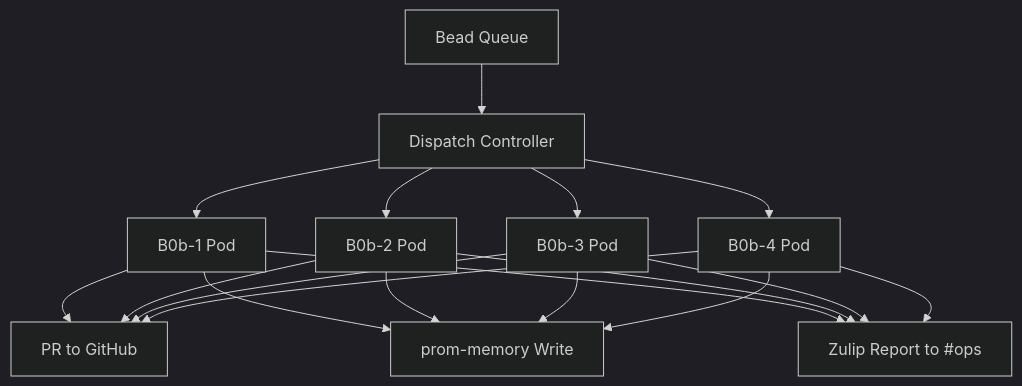
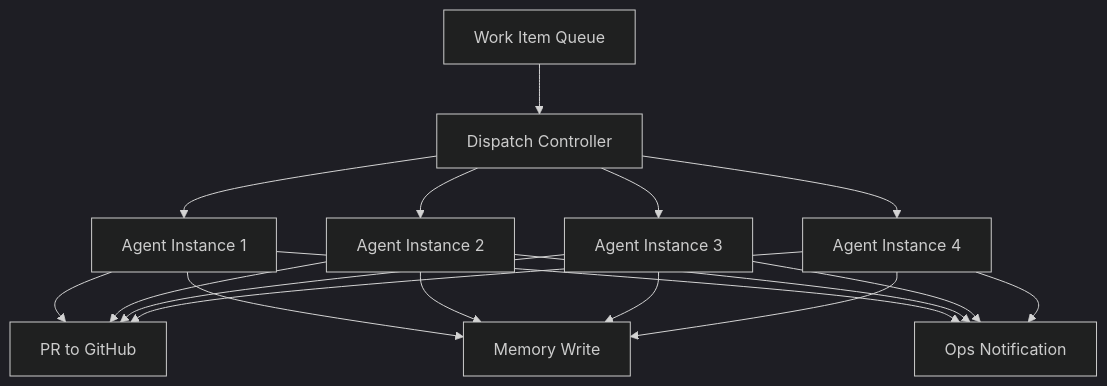
Before and after one commit to CyberdaemonAI/cyberdaemon-site: the first of 3 diagrams in src/content/build-logs/b0b-methodology.mdx, drawn with Mermaid (dark theme). The commit also changed other lines of this file and 3 other files, not shown here.

````diff
--- a/src/content/build-logs/b0b-methodology.mdx
+++ b/src/content/build-logs/b0b-methodology.mdx
@@ -61,20 +61,20 @@
 ```mermaid
 graph TD
-    A[Bead Queue] --> B[Dispatch Controller]
-    B --> C[B0b-1 Pod]
-    B --> D[B0b-2 Pod]
-    B --> E[B0b-3 Pod]
-    B --> F[B0b-4 Pod]
+    A[Work Item Queue] --> B[Dispatch Controller]
+    B --> C[Agent Instance 1]
+    B --> D[Agent Instance 2]
+    B --> E[Agent Instance 3]
+    B --> F[Agent Instance 4]
     C --> G[PR to GitHub]
     D --> G
     E --> G
     F --> G
-    C --> H[prom-memory Write]
+    C --> H[Memory Write]
     D --> H
     E --> H
     F --> H
-    C --> I[Zulip Report to #ops]
+    C --> I[Ops Notification]
     D --> I
     E --> I
     F --> I
 ```
````
